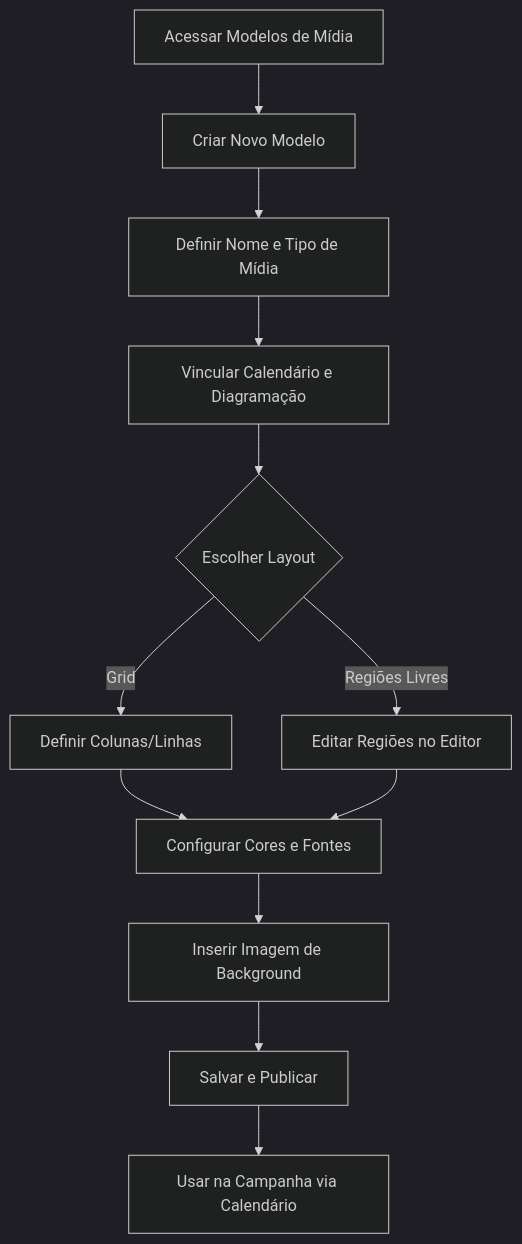
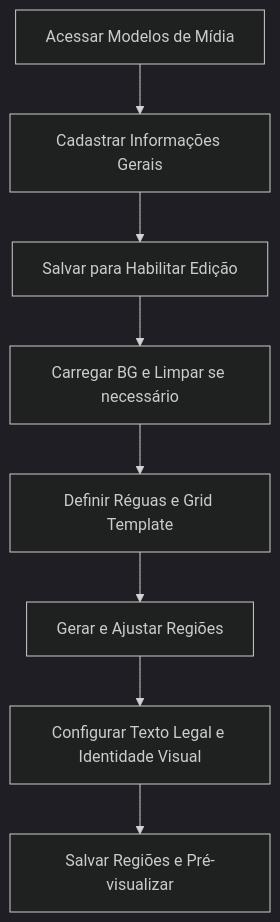
The diagram in docs/Campanhas/Modelos de mídia.md (suporte552/documentacao), drawn with Mermaid (dark theme) before and after one commit. The commit also changed other lines of this file and 1 other file, not shown here.

````diff
--- a/docs/Campanhas/Modelos de mídia.md
+++ b/docs/Campanhas/Modelos de mídia.md
@@ -77,14 +111,10 @@
 ```mermaid
 graph TD
-    A[Acessar Modelos de Mídia] --> B[Criar Novo Modelo]
-    B --> C[Definir Nome e Tipo de Mídia]
-    C --> D[Vincular Calendário e Diagramação]
-    D --> E{Escolher Layout}
-    E -->|Grid| F[Definir Colunas/Linhas]
-    E -->|Regiões Livres| G[Editar Regiões no Editor]
-    F --> H[Configurar Cores e Fontes]
-    G --> H[Configurar Cores e Fontes]
-    H --> I[Inserir Imagem de Background]
-    I --> J[Salvar e Publicar]
-    J --> K[Usar na Campanha via Calendário]
+A[Acessar Modelos de Mídia] --> B[Cadastrar Informações Gerais]
+B --> C[Salvar para Habilitar Edição]
+C --> D[Carregar BG e Limpar se necessário]
+D --> E[Definir Réguas e Grid Template]
+E --> F[Gerar e Ajustar Regiões]
+F --> G[Configurar Texto Legal e Identidade Visual]
+G --> H[Salvar Regiões e Pré-visualizar]
 ```
````
